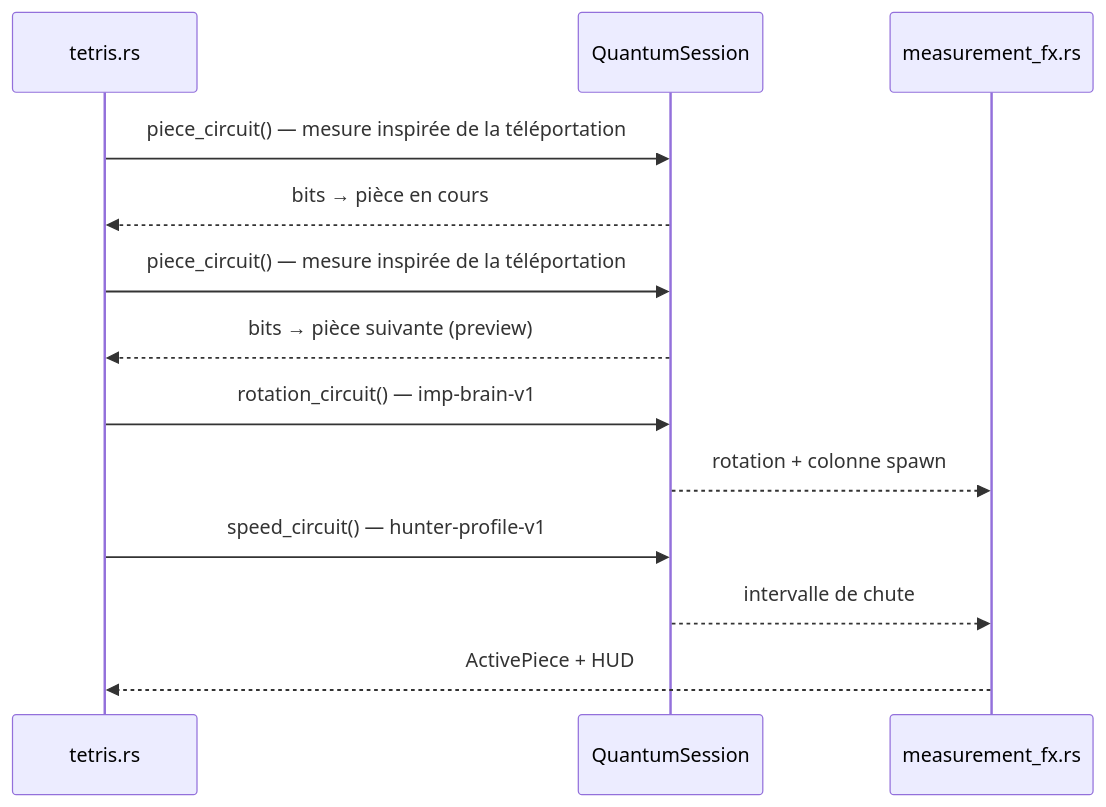
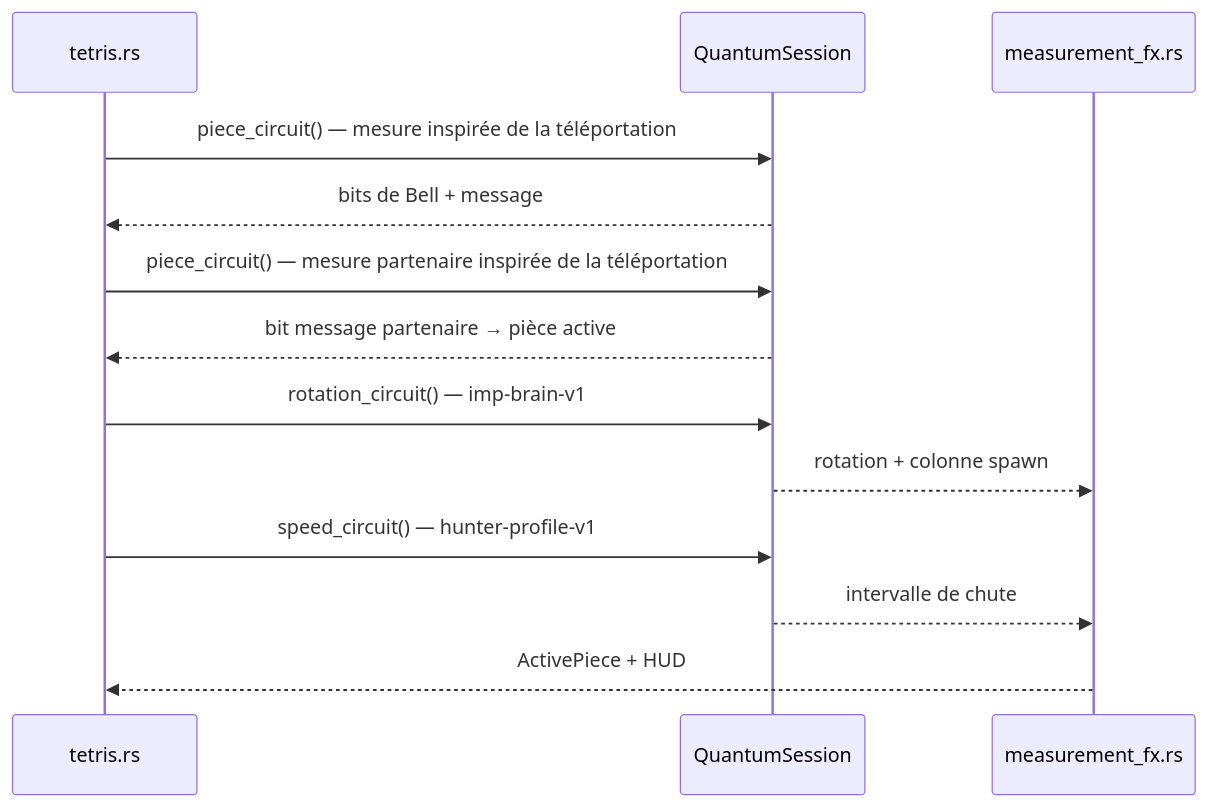
One commit to thepriben/quantum-tetris changed the second of 2 diagrams in README.fr.md. Above: the diagram before and after it, drawn with Mermaid. The commit also changed other lines of this file and 10 other files, not shown here.

````diff
--- a/README.fr.md
+++ b/README.fr.md
@@ -138,16 +136,16 @@
 ```mermaid
 sequenceDiagram
   participant T as tetris.rs
   participant Q as QuantumSession
   participant M as measurement_fx.rs
 
   T->>Q: piece_circuit() — mesure inspirée de la téléportation #1
-  Q-->>T: bits → pièce en cours
-  T->>Q: piece_circuit() — mesure inspirée de la téléportation #2
-  Q-->>T: bits → pièce suivante (preview)
+  Q-->>T: bits de Bell + message
+  T->>Q: piece_circuit() — mesure partenaire inspirée de la téléportation
+  Q-->>T: bit message partenaire → pièce active
   T->>Q: rotation_circuit() — imp-brain-v1
   Q-->>M: rotation + colonne spawn
   T->>Q: speed_circuit() — hunter-profile-v1
   Q-->>M: intervalle de chute
   M-->>T: ActivePiece + HUD
 ```
````
